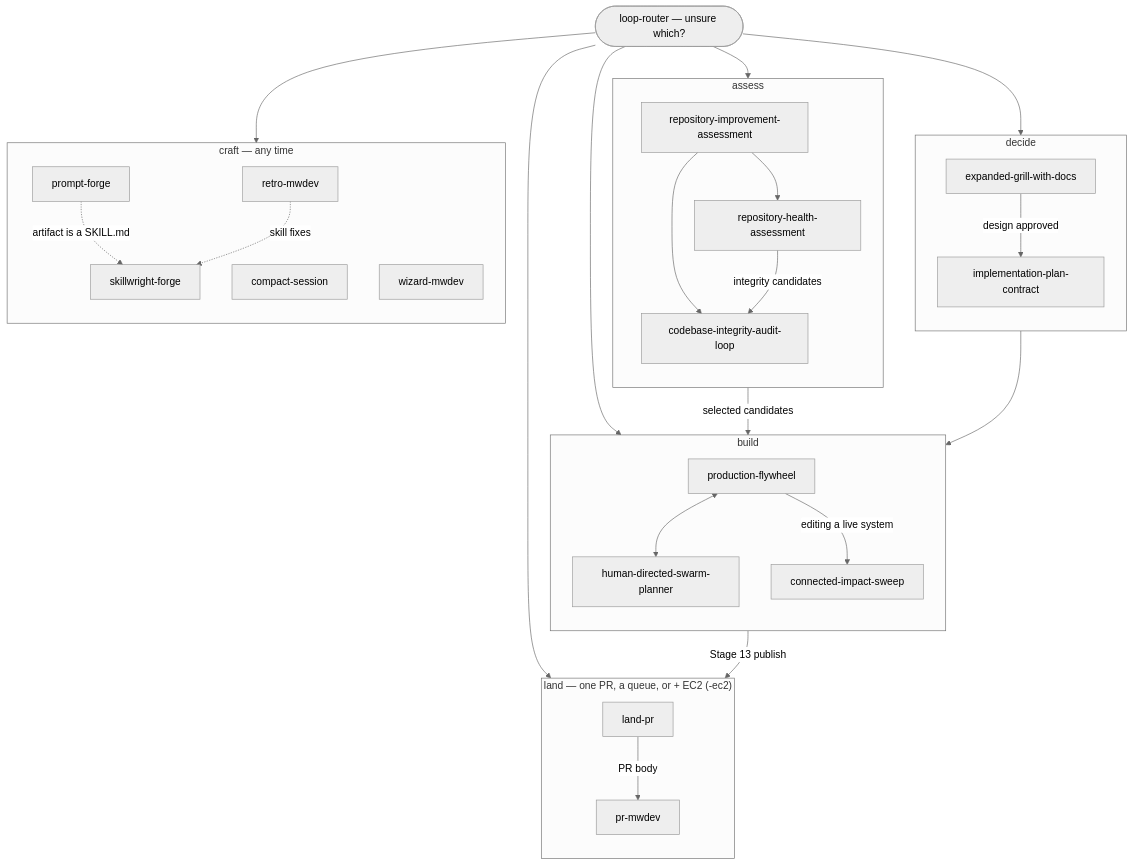
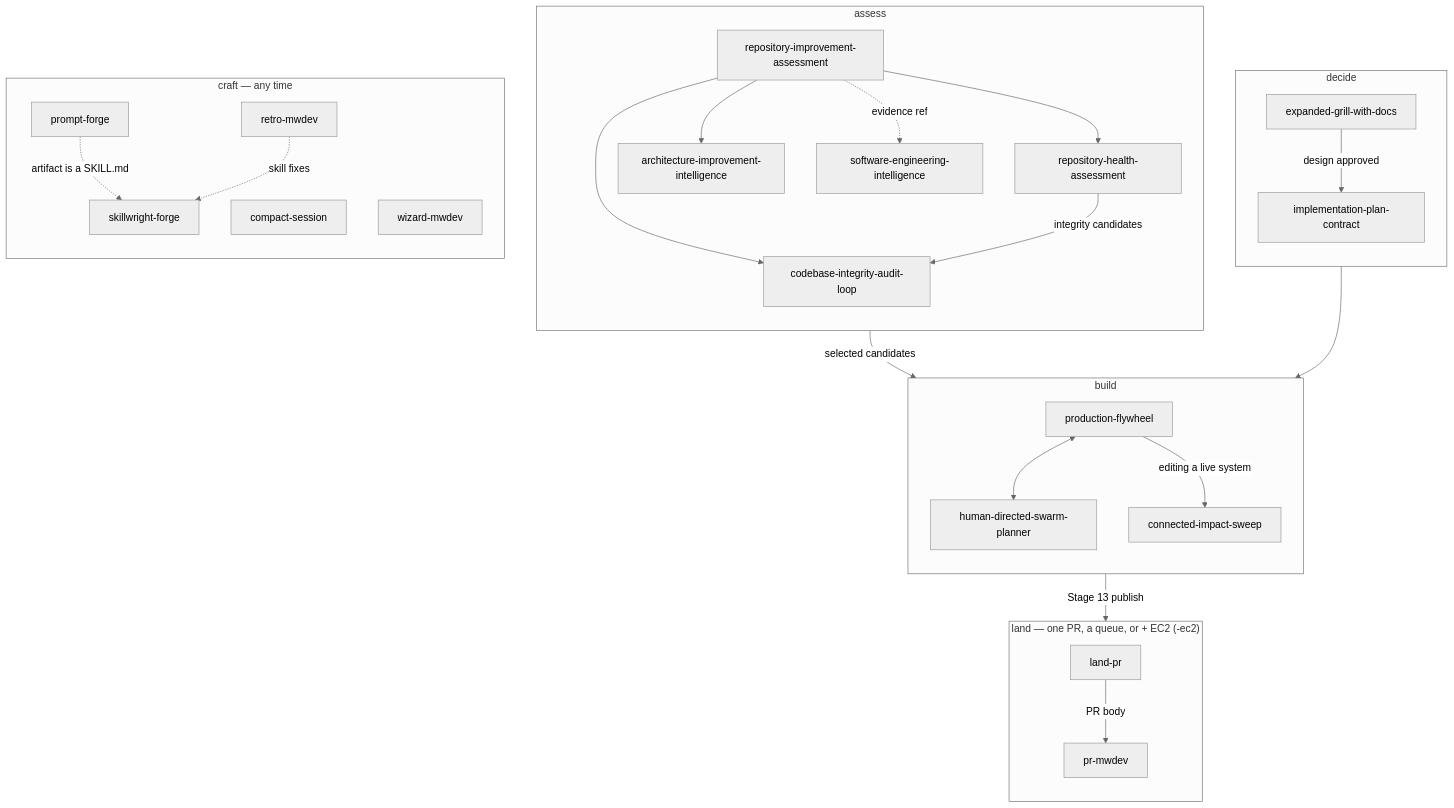
Before and after one commit to markwuenschel-dev/markdev-skills: the diagram in CAPABILITY-MAP.md, drawn with Mermaid (neutral theme). The commit also changed other lines of this file and 263 other files, not shown here.

````diff
--- a/CAPABILITY-MAP.md
+++ b/CAPABILITY-MAP.md
@@ -7,57 +7,54 @@
 ```mermaid
 flowchart TD
-    R(["loop-router — unsure which?"])
-    R --> DECIDE
-    R --> ASSESS
-    R --> BUILD
-    R --> LAND
-    R --> CRAFT
-
     subgraph DECIDE["decide"]
         direction TB
         EG["expanded-grill-with-docs"]
         IPC["implementation-plan-contract"]
         EG -->|"design approved"| IPC
     end
 
     subgraph ASSESS["assess"]
         direction TB
         RIA["repository-improvement-assessment"]
         RHA["repository-health-assessment"]
         CIAL["codebase-integrity-audit-loop"]
+        AII["architecture-improvement-intelligence"]
+        SEI["software-engineering-intelligence"]
         RIA --> RHA
         RIA --> CIAL
+        RIA --> AII
+        RIA -.->|"evidence ref"| SEI
         RHA -->|"integrity candidates"| CIAL
     end
 
     subgraph BUILD["build"]
         direction TB
         PF["production-flywheel"]
         HDSP["human-directed-swarm-planner"]
         CIS["connected-impact-sweep"]
         PF <--> HDSP
         PF -->|"editing a live system"| CIS
     end
 
     subgraph LAND["land — one PR, a queue, or + EC2 (-ec2)"]
         direction TB
         LP["land-pr"]
         PRB["pr-mwdev"]
         LP -->|"PR body"| PRB
     end
 
     subgraph CRAFT["craft — any time"]
         direction TB
         PFG["prompt-forge"]
         SWF["skillwright-forge"]
         CS["compact-session"]
         WIZ["wizard-mwdev"]
         RETRO["retro-mwdev"]
         PFG -.->|"artifact is a SKILL.md"| SWF
         RETRO -.->|"skill fixes"| SWF
     end
 
     IPC --> PF
     CIAL -->|"selected candidates"| PF
     PF -->|"Stage 13 publish"| LP
 ```
````
